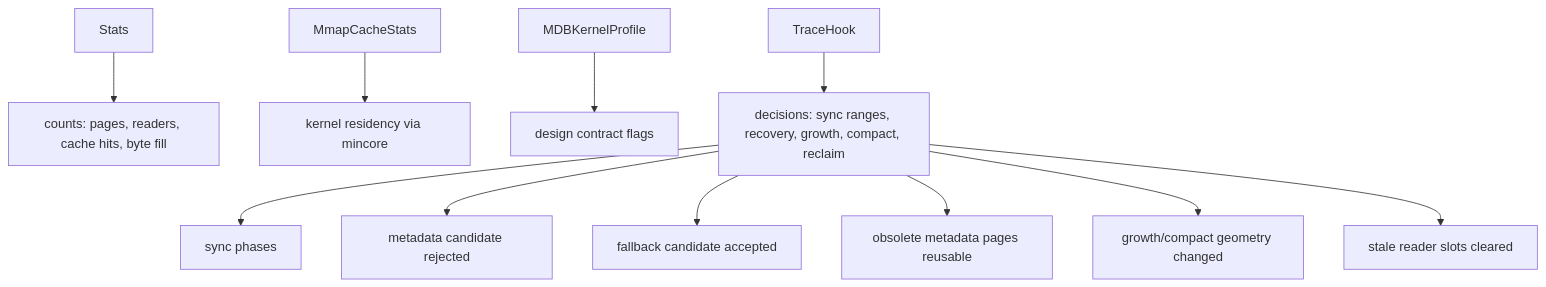
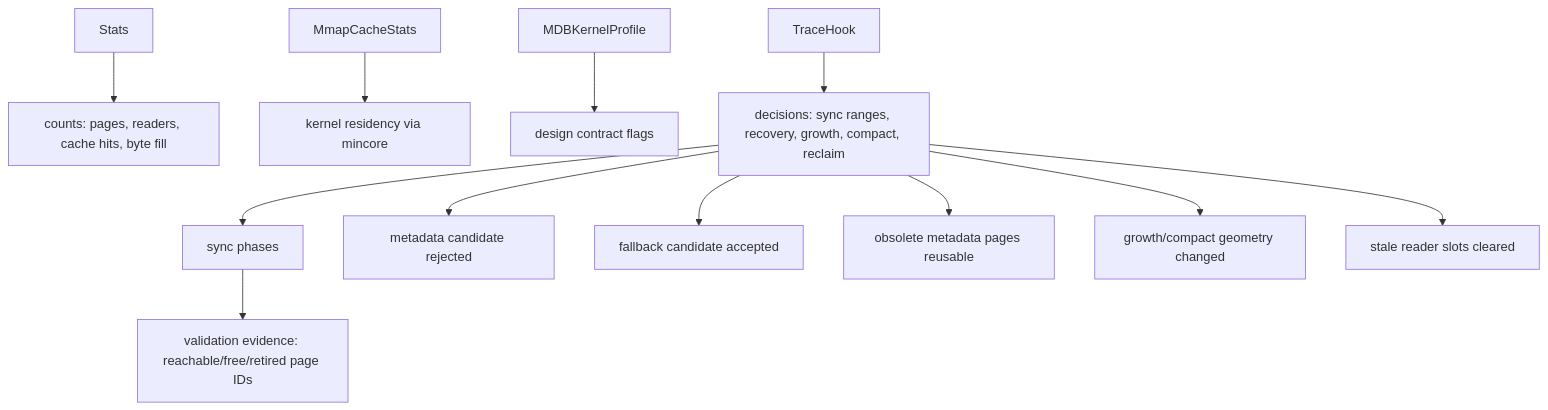
Before and after one commit to hadamrd/cow-btree-course: diagram 17 of 18 in docs/00-storage-engine-course.md, drawn with Mermaid. The commit also changed other lines of this file and 6 other files, not shown here.

Commit message:
feat: add validation audit reports

````diff
--- a/docs/00-storage-engine-course.md
+++ b/docs/00-storage-engine-course.md
@@ -631,14 +643,15 @@
 ```mermaid
 flowchart TD
     S["Stats"] --> C["counts: pages, readers, cache hits, byte fill"]
+    A["Audit"] --> V["validation evidence: reachable/free/retired page IDs"]
     M["MmapCacheStats"] --> R["kernel residency via mincore"]
     P["MDBKernelProfile"] --> K["design contract flags"]
     T["TraceHook"] --> E["decisions: sync ranges, recovery, growth, compact, reclaim"]
 
     E --> A["sync phases"]
     E --> B["metadata candidate rejected"]
     E --> D["fallback candidate accepted"]
     E --> F["obsolete metadata pages reusable"]
     E --> G["growth/compact geometry changed"]
     E --> H["stale reader slots cleared"]
 ```
````
